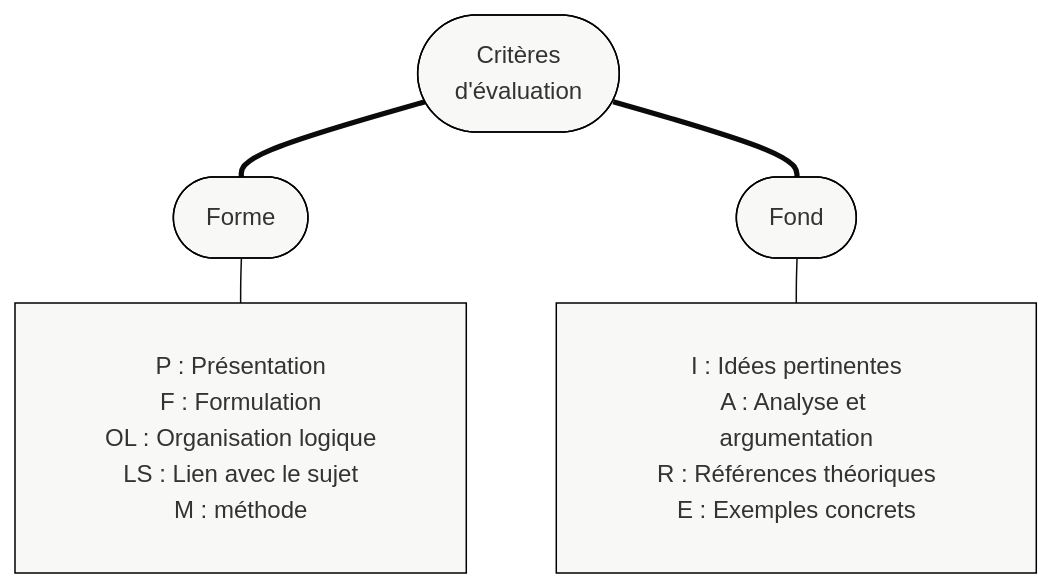
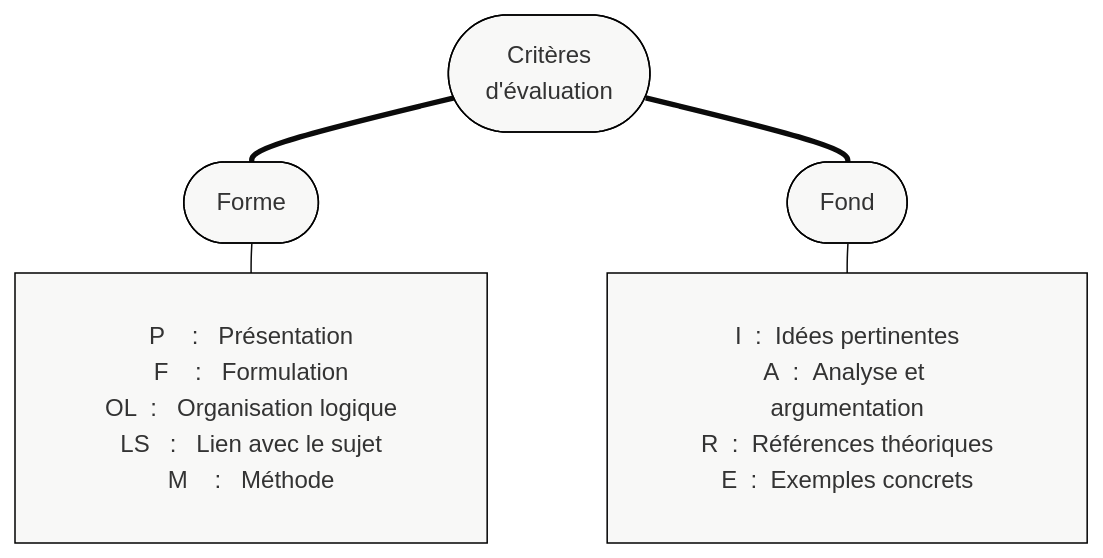
The diagram in critères-evaluation.mmd (eyssette/mermaid-diagrams), drawn with Mermaid before and after one commit.

```diff
--- a/critères-evaluation.mmd
+++ b/critères-evaluation.mmd
@@ -1,22 +1,22 @@
-%%{init{"theme":"base","themeCSS":"* {line-height:1.25em!important; font-size:20px; text-align:left!important;} g[id*=\"A\"] span {font-size:1.01em; color:white; display:block; text-align:center!important} g[id*=\"A\"] rect {fill:black}  g[id*=\"V\"] * {} g[id*=\"B\"] span {font-size:0.9em; color:white; display:block; text-align:center!important} g[id*=\"B\"] rect {fill:#6f0000; stroke:transparent} g[id*=\"C\"] rect {fill:white; stroke:grey} g[id*=\"C\"] span {font-size:0.75em; display:block;} g[id*=\"D\"] span, g[id*=\"E\"] span {font-size:0.7em; display:block;} g[id*=\"D\"] rect, g[id*=\"E\"] rect {stroke:transparent!important}.edge-thickness-normal{stroke-width:1px; stroke:#999;} .edge-thickness-thick{stroke-width:1px!important;} .edge-pattern-dotted{stroke:transparent}","themeVariables":{"secondaryColor":"white","primaryColor":"hsl(60,9%,97%)","primaryBorderColor":"black"},"flowchart":{"htmlLabels":true,"padding":30,"rankSpacing":30,"nodeSpacing":60}} }%%
+%%{init{"theme":"base","themeCSS":"* {line-height:1.25em!important; font-size:20px; text-align:left!important;} g[id*=\"A\"] span {font-size:1.01em; color:white; display:block; text-align:center!important} g[id*=\"A\"] rect {fill:black}  g[id*=\"V\"] * {} g[id*=\"B\"] span {font-size:0.9em; color:white; display:block; text-align:center!important} g[id*=\"B\"] rect {fill:#6f0000; stroke:transparent} g[id*=\"C\"] rect {fill:white; stroke:grey} g[id*=\"C\"] span {font-size:0.75em; display:block;} g[id*=\"D\"] span, g[id*=\"E\"] span {font-size:0.7em; display:block;} g[id*=\"D\"] rect, g[id*=\"E\"] rect {stroke:transparent!important}.edge-thickness-normal{stroke-width:1px; stroke:#999;} .edge-thickness-thick{stroke-width:1px!important;} .edge-pattern-dotted{stroke:transparent}","themeVariables":{"secondaryColor":"white","primaryColor":"hsl(60,9%,97%)","primaryBorderColor":"black"},"flowchart":{"htmlLabels":true,"padding":30,"rankSpacing":20,"nodeSpacing":80}} }%%
 flowchart TD
 A1(["Critères
 d'évaluation"])
 
 B1(["Forme"])
 B2(["Fond"])
 
-C1["P : Présentation
-F : Formulation
-OL : Organisation logique
-LS : Lien avec le sujet
-M : méthode"]
-C2["I : Idées pertinentes
-A : Analyse et argumentation
-R : Références théoriques
-E : Exemples concrets"]
+C1["P    :   Présentation
+F    :   Formulation
+OL  :   Organisation logique
+LS   :   Lien avec le sujet
+M    :   Méthode"]
+C2["I  :  Idées pertinentes
+A  :  Analyse et argumentation
+R  :  Références théoriques
+E  :  Exemples concrets"]
 
 A1 === B1 & B2
 
 B1 --- C1
 B2 --- C2
```
